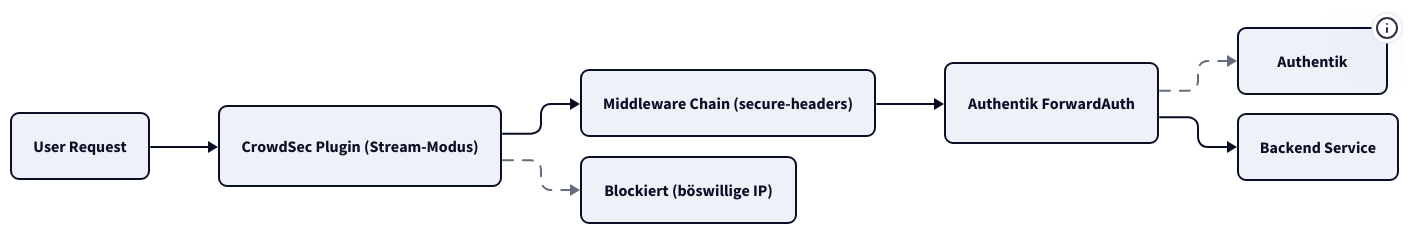
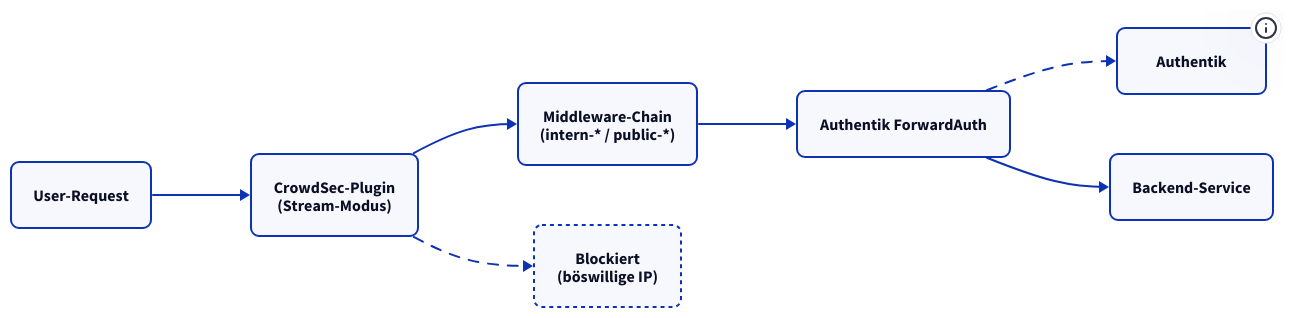
Before and after one commit to derever-labs/homelab-wiki: the diagram in docs/security/index.md, drawn with D2. The commit also changed 8 other files, not shown here.

````diff
--- a/docs/security/index.md
+++ b/docs/security/index.md
@@ -24,25 +24,23 @@
 ```d2
-vars: {
-  d2-config: {
-    theme-id: 1
-    layout-engine: elk
-  }
+direction: right
+
+classes: {
+  node: { style: { border-radius: 8 } }
+  blocked: { style: { border-radius: 8; stroke-dash: 2 } }
 }
 
-direction: right
+user: User-Request { class: node }
+cs: "CrowdSec-Plugin\n(Stream-Modus)" { class: node }
+chain: "Middleware-Chain\n(intern-* / public-*)" { class: node }
+fwd: Authentik ForwardAuth { class: node }
+ak: Authentik { class: node; tooltip: "auth.ackermannprivat.ch" }
+backend: Backend-Service { class: node }
+block: "Blockiert\n(böswillige IP)" { class: blocked }
 
-User: User Request { style.border-radius: 8 }
-CS: CrowdSec Plugin (Stream-Modus) { style.border-radius: 8 }
-Chain: Middleware Chain (secure-headers) { style.border-radius: 8 }
-FWD: Authentik ForwardAuth { style.border-radius: 8 }
-AK: Authentik { tooltip: auth.ackermannprivat.ch; style.border-radius: 8 }
-Backend: Backend Service { style.border-radius: 8 }
-Block: Blockiert (böswillige IP) { style.border-radius: 8 }
-
-User -> CS
-CS -> Chain
-Chain -> FWD
-FWD -> AK: { style.stroke-dash: 5 }
-FWD -> Backend
-CS -> Block: { style.stroke-dash: 5 }
+user -> cs
+cs -> chain
+chain -> fwd
+fwd -> ak: { style.stroke-dash: 5 }
+fwd -> backend
+cs -> block: { style.stroke-dash: 5 }
 ```
````
